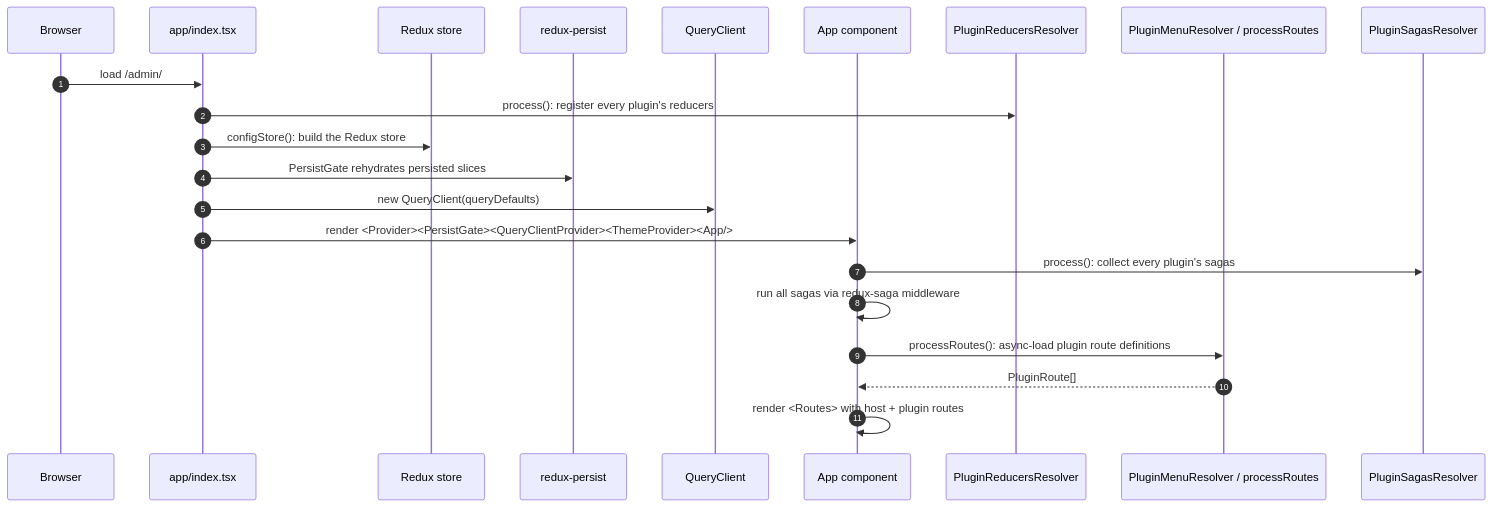
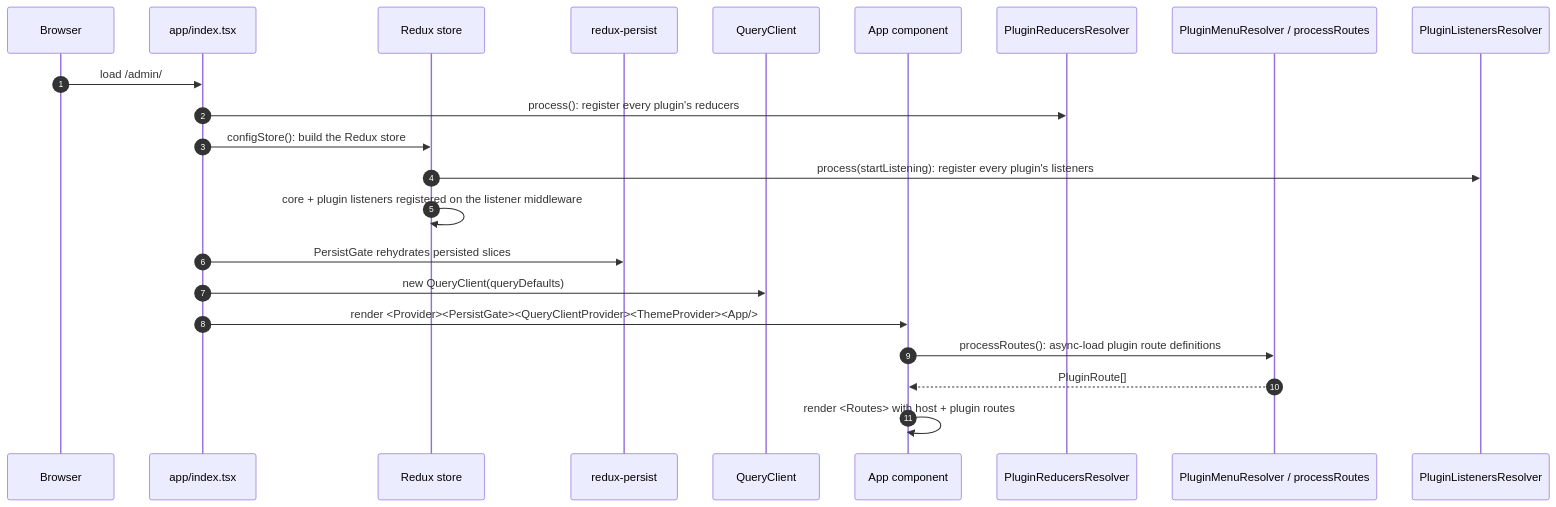
One commit to GluuFederation/flex changed the second of 2 diagrams in admin-ui/docs/architecture.md. Above: the diagram before and after it, drawn with Mermaid. The commit also changed other lines of this file and 39 other files, not shown here.

First line of the commit message:
refactor(admin-ui): migrate Auth Server config-scripts flow off saga and remove redux-saga (#2867)

````diff
--- a/admin-ui/docs/architecture.md
+++ b/admin-ui/docs/architecture.md
@@ -52,25 +52,25 @@
 ```mermaid
 sequenceDiagram
     autonumber
     participant Browser as Browser
     participant Entry as app/index.tsx
     participant Store as Redux store
     participant Persistor as redux-persist
     participant QC as QueryClient
     participant App as App component
     participant Reducers as PluginReducersResolver
     participant Routes as PluginMenuResolver / processRoutes
-    participant Sagas as PluginSagasResolver
+    participant Listeners as PluginListenersResolver
 
     Browser->>Entry: load /admin/
     Entry->>Reducers: process(): register every plugin's reducers
     Entry->>Store: configStore(): build the Redux store
+    Store->>Listeners: process(startListening): register every plugin's listeners
+    Store->>Store: core + plugin listeners registered on the listener middleware
     Entry->>Persistor: PersistGate rehydrates persisted slices
     Entry->>QC: new QueryClient(queryDefaults)
     Entry->>App: render <Provider><PersistGate><QueryClientProvider><ThemeProvider><App/>
-    App->>Sagas: process(): collect every plugin's sagas
-    App->>App: run all sagas via redux-saga middleware
     App->>Routes: processRoutes(): async-load plugin route definitions
     Routes-->>App: PluginRoute[]
     App->>App: render <Routes> with host + plugin routes
 ```
````
